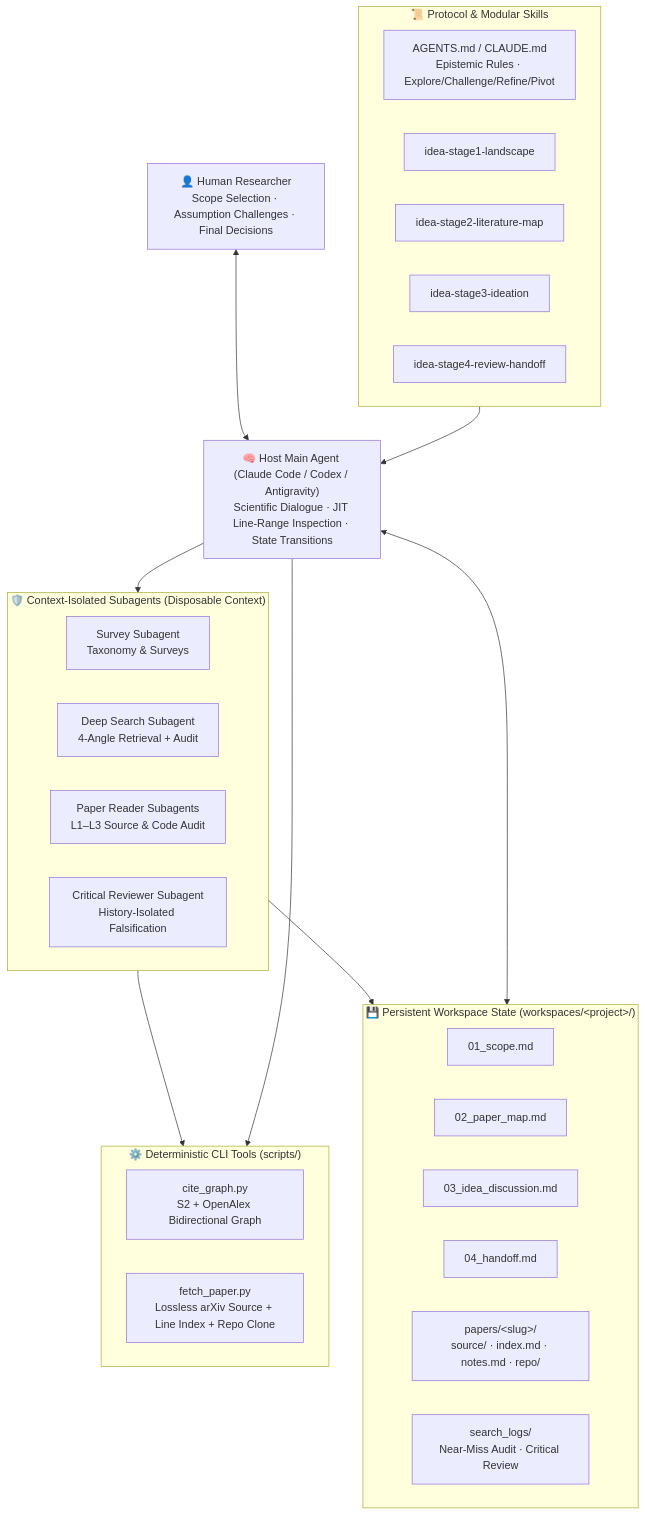
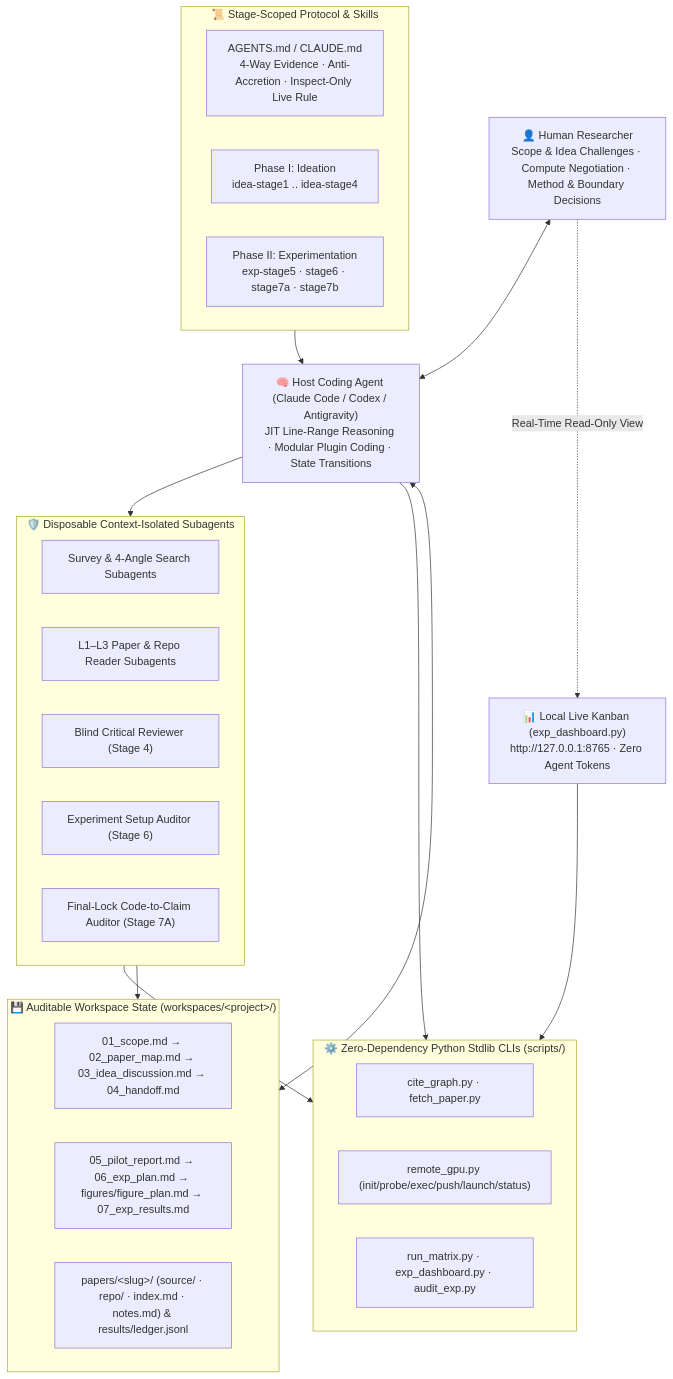
The diagram in README.md (legend91019/ResearchFlow), drawn with Mermaid before and after one commit. The commit also changed other lines of this file and 14 other files, not shown here.

Commit message:
feat(v0.3.1): harden Stage 6-7B conventions, 4D preflight, live Kanban dashboard & bilingual docs

````diff
--- a/README.md
+++ b/README.md
@@ -71,42 +78,42 @@
 ```mermaid
 flowchart TB
-    Human["👤 Human Researcher<br/>Scope Selection · Assumption Challenges · Final Decisions"]
-    Host["🧠 Host Main Agent (Claude Code / Codex / Antigravity)<br/>Scientific Dialogue · JIT Line-Range Inspection · State Transitions"]
+    Human["👤 Human Researcher<br/>Scope & Idea Challenges · Compute Negotiation · Method & Boundary Decisions"]
+    Host["🧠 Host Coding Agent (Claude Code / Codex / Antigravity)<br/>JIT Line-Range Reasoning · Modular Plugin Coding · State Transitions"]
+    Kanban["📊 Local Live Kanban (exp_dashboard.py)<br/>http://127.0.0.1:8765 · Zero Agent Tokens"]
 
-    subgraph Protocol["📜 Protocol & Modular Skills"]
-        Constitution["AGENTS.md / CLAUDE.md<br/>Epistemic Rules · Explore/Challenge/Refine/Pivot"]
-        S1["idea-stage1-landscape"]
-        S2["idea-stage2-literature-map"]
-        S3["idea-stage3-ideation"]
-        S4["idea-stage4-review-handoff"]
+    subgraph Protocol["📜 Stage-Scoped Protocol & Skills"]
+        Const["AGENTS.md / CLAUDE.md<br/>4-Way Evidence · Anti-Accretion · Inspect-Only Live Rule"]
+        P1["Phase I: Ideation<br/>idea-stage1 .. idea-stage4"]
+        P2["Phase II: Experimentation<br/>exp-stage5 · stage6 · stage7a · stage7b"]
     end
 
-    subgraph Subagents["🛡️ Context-Isolated Subagents (Disposable Context)"]
-        SubSurvey["Survey Subagent<br/>Taxonomy & Surveys"]
-        SubDeep["Deep Search Subagent<br/>4-Angle Retrieval + Audit"]
-        SubReader["Paper Reader Subagents<br/>L1–L3 Source & Code Audit"]
-        SubCritic["Critical Reviewer Subagent<br/>History-Isolated Falsification"]
+    subgraph Subagents["🛡️ Disposable Context-Isolated Subagents"]
+        Sub1["Survey & 4-Angle Search Subagents"]
+        Sub2["L1–L3 Paper & Repo Reader Subagents"]
+        Sub3["Blind Critical Reviewer (Stage 4)"]
+        Sub4["Experiment Setup Auditor (Stage 6)"]
+        Sub5["Final-Lock Code-to-Claim Auditor (Stage 7A)"]
     end
 
-    subgraph Tools["⚙️ Deterministic CLI Tools (scripts/)"]
-        CiteGraph["cite_graph.py<br/>S2 + OpenAlex Bidirectional Graph"]
-        FetchPaper["fetch_paper.py<br/>Lossless arXiv Source + Line Index + Repo Clone"]
+    subgraph Tools["⚙️ Zero-Dependency Python Stdlib CLIs (scripts/)"]
+        T1["cite_graph.py · fetch_paper.py"]
+        T2["remote_gpu.py (init/probe/exec/push/launch/status)"]
+        T3["run_matrix.py · exp_dashboard.py · audit_exp.py"]
     end
 
-    subgraph Disk["💾 Persistent Workspace State (workspaces/&lt;project&gt;/)"]
-        F1["01_scope.md"]
-        F2["02_paper_map.md"]
-        F3["03_idea_discussion.md"]
-        F4["04_handoff.md"]
-        Papers["papers/&lt;slug&gt;/<br/>source/ · index.md · notes.md · repo/"]
-        Logs["search_logs/<br/>Near-Miss Audit · Critical Review"]
+    subgraph Disk["💾 Auditable Workspace State (workspaces/&lt;project&gt;/)"]
+        D1["01_scope.md → 02_paper_map.md → 03_idea_discussion.md → 04_handoff.md"]
+        D2["05_pilot_report.md → 06_exp_plan.md → figures/figure_plan.md → 07_exp_results.md"]
+        D3["papers/&lt;slug&gt;/ (source/ · repo/ · index.md · notes.md) &amp; results/ledger.jsonl"]
     end
 
     Human <--> Host
+    Human -.->|"Real-Time Read-Only View"| Kanban
     Protocol --> Host
     Host --> Subagents
     Subagents --> Tools
     Host --> Tools
+    Kanban --> Tools
     Subagents --> Disk
     Host <--> Disk
 ```
````
